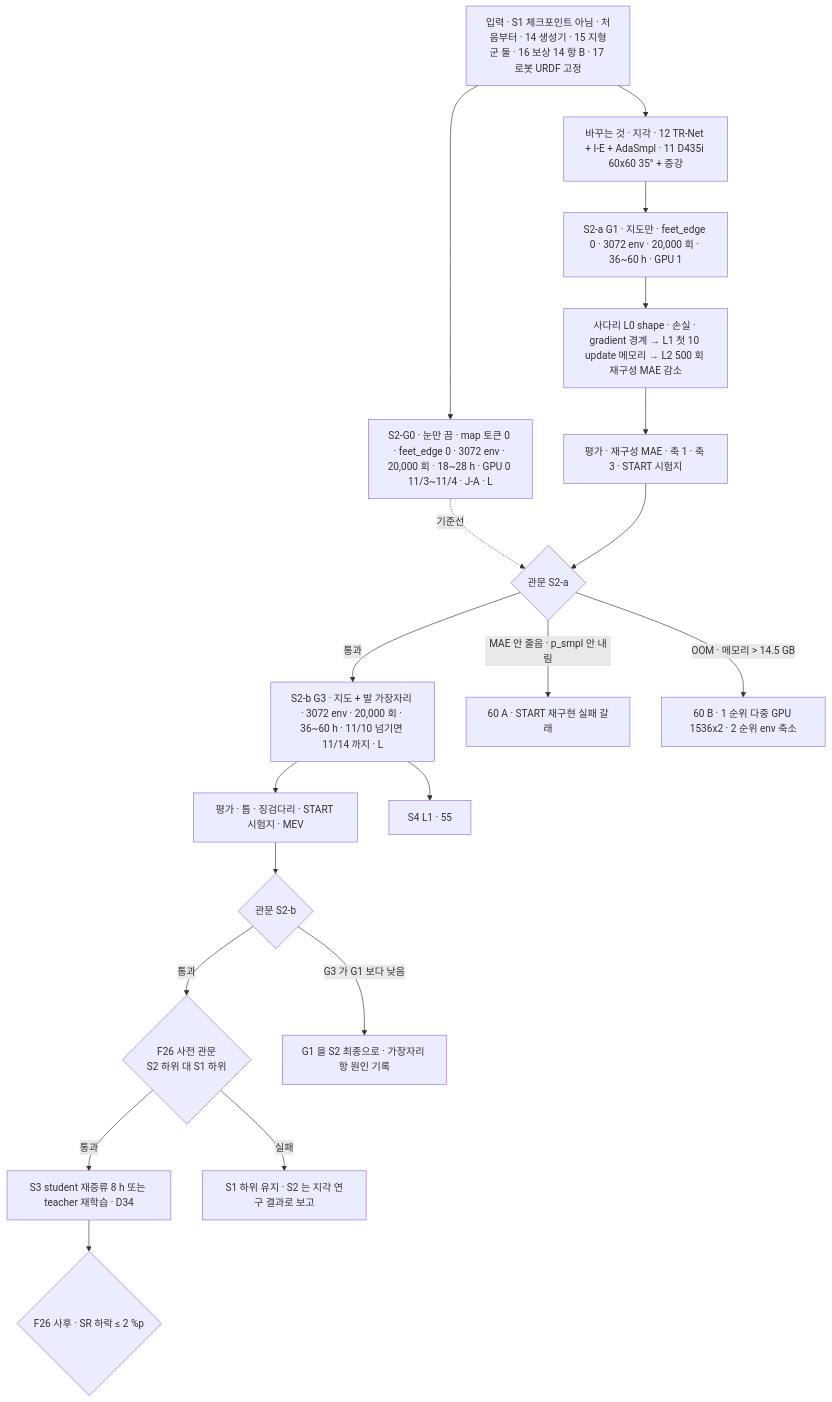
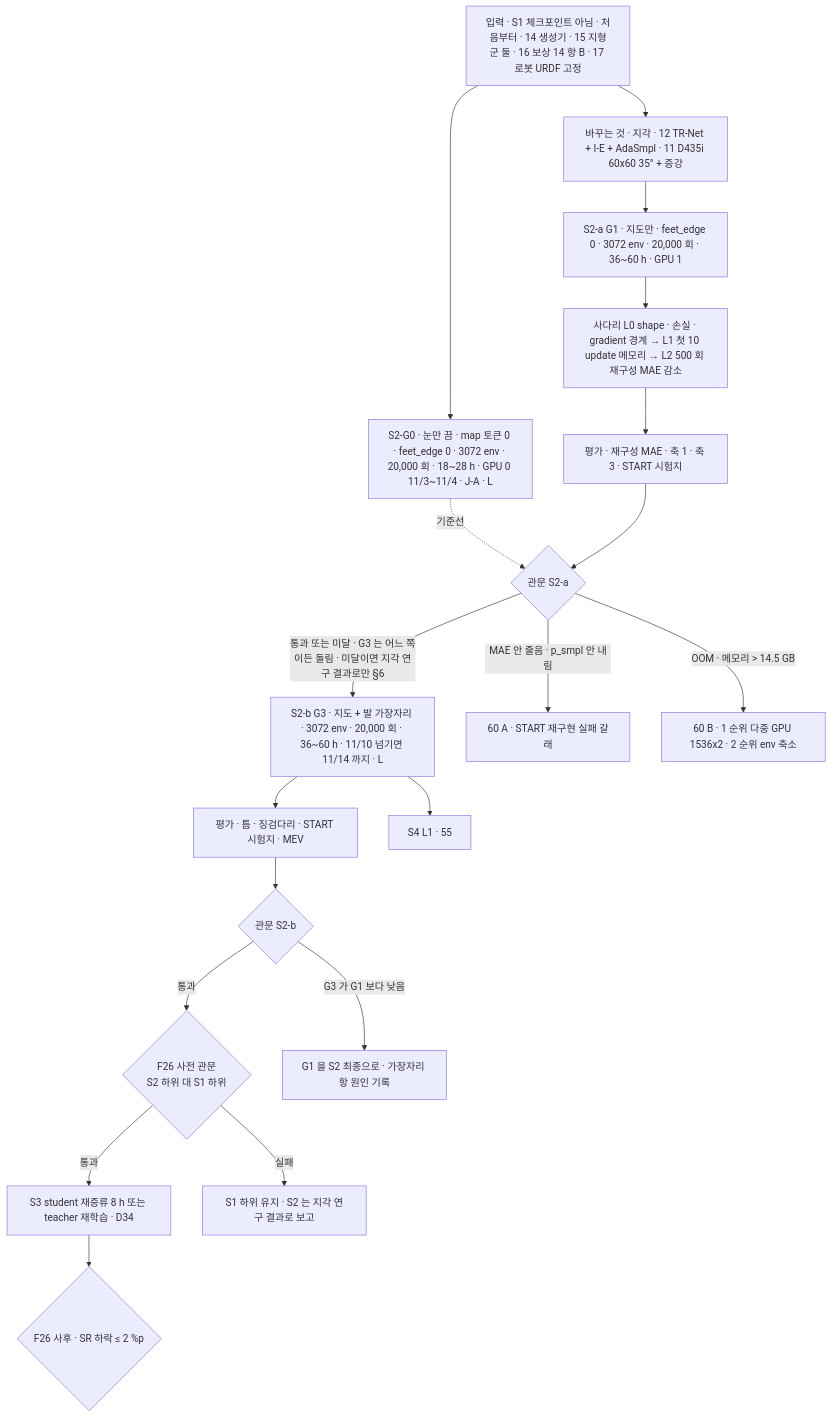
One commit to foothold-project/foothold-lab changed the diagram in inbox/jay/20261019-design/53-S2-PERCEPTION.md. Above: the diagram before and after it, drawn with Mermaid. The commit also changed other lines of this file and 20 other files, not shown here.

````diff
--- a/inbox/jay/20261019-design/53-S2-PERCEPTION.md
+++ b/inbox/jay/20261019-design/53-S2-PERCEPTION.md
@@ -15,21 +15,21 @@
 ```mermaid
 flowchart TB
   IN[입력 · S1 체크포인트 아님 · 처음부터 · 14 생성기 · 15 지형군 둘 · 16 보상 14 항 B · 17 로봇 URDF 고정] --> G0[S2-G0 · 눈만 끔 · map 토큰 0 · feet_edge 0 · 3072 env · 20,000 회 · 18~28 h · GPU 0 11/3~11/4 · J-A · L]
   IN --> CH[바꾸는 것 · 지각 · 12 TR-Net + I-E + AdaSmpl · 11 D435i 60x60 35° + 증강]
   CH --> G1[S2-a G1 · 지도만 · feet_edge 0 · 3072 env · 20,000 회 · 36~60 h · GPU 1]
   G0 -. 기준선 .-> GA
   G1 --> L1[사다리 L0 shape · 손실 · gradient 경계 → L1 첫 10 update 메모리 → L2 500 회 재구성 MAE 감소]
   L1 --> E1[평가 · 재구성 MAE · 축 1 · 축 3 · START 시험지]
   E1 --> GA{관문 S2-a}
-  GA -->|통과| G3[S2-b G3 · 지도 + 발 가장자리 · 3072 env · 20,000 회 · 36~60 h · 11/10 넘기면 11/14 까지 · L]
+  GA -->|통과 또는 미달 · G3 는 어느 쪽이든 돌림 · 미달이면 지각 연구 결과로만 §6| G3[S2-b G3 · 지도 + 발 가장자리 · 3072 env · 20,000 회 · 36~60 h · 11/10 넘기면 11/14 까지 · L]
   GA -->|MAE 안 줄음 · p_smpl 안 내림| A[60 A · START 재구현 실패 갈래]
   GA -->|OOM · 메모리 > 14.5 GB| B[60 B · 1 순위 다중 GPU 1536x2 · 2 순위 env 축소]
   G3 --> E3[평가 · 틈 · 징검다리 · START 시험지 · MEV]
   E3 --> GB{관문 S2-b}
   GB -->|통과| F26{F26 사전 관문<br/>S2 하위 대 S1 하위}
   GB -->|G3 가 G1 보다 낮음| K[G1 을 S2 최종으로 · 가장자리 항 원인 기록]
   F26 -->|통과| RD[S3 student 재증류 8 h 또는 teacher 재학습 · D34]
   F26 -->|실패| KEEP[S1 하위 유지 · S2 는 지각 연구 결과로 보고]
   RD --> F26b{F26 사후 · SR 하락 ≤ 2 %p}
   G3 --> S4[S4 L1 · 55]
 ```
````
